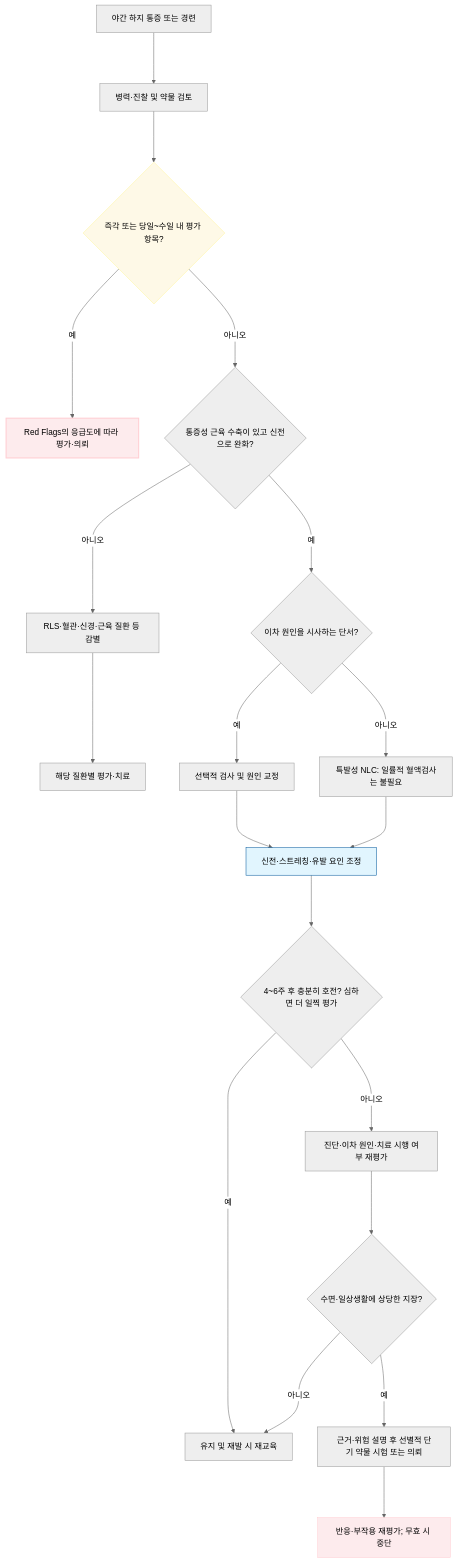
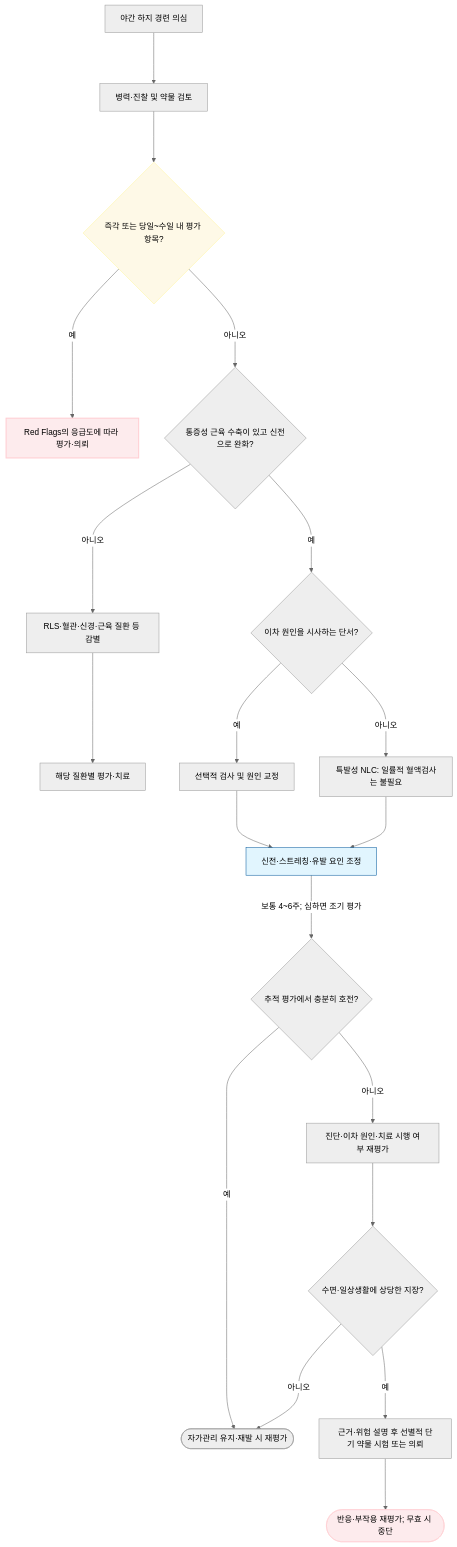
One commit to familyoh77/familyoh77 changed the diagram in 228_/148_-nocturnal-leg-cramp.md. Above: the diagram before and after it, drawn with Mermaid (neutral theme). The commit also changed other lines of this file and 7 other files, not shown here.

````diff
--- a/228_/148_-nocturnal-leg-cramp.md
+++ b/228_/148_-nocturnal-leg-cramp.md
@@ -99,26 +99,26 @@
 ```mermaid
 graph TD
-    A["야간 하지 통증 또는 경련"] ---> B["병력·진찰 및 약물 검토"]
+    A["야간 하지 경련 의심"] ---> B["병력·진찰 및 약물 검토"]
     B ---> D{"즉각 또는 당일~수일 내 평가 항목?"}
     D --->|예| F["Red Flags의 응급도에 따라 평가·의뢰"]
     D --->|아니오| C{"통증성 근육 수축이 있고 신전으로 완화?"}
     C --->|아니오| E["RLS·혈관·신경·근육 질환 등 감별"]
     E ---> O["해당 질환별 평가·치료"]
     C --->|예| G{"이차 원인을 시사하는 단서?"}
     G --->|예| P["선택적 검사 및 원인 교정"]
     G --->|아니오| H["특발성 NLC: 일률적 혈액검사는 불필요"]
     P ---> Q["신전·스트레칭·유발 요인 조정"]
     H ---> Q
-    Q ---> I{"4~6주 후 충분히 호전? 심하면 더 일찍 평가"}
-    I --->|예| J["유지 및 재발 시 재교육"]
+    Q --->|보통 4~6주; 심하면 조기 평가| I{"추적 평가에서 충분히 호전?"}
+    I --->|예| J(["자가관리 유지·재발 시 재평가"])
     I --->|아니오| K["진단·이차 원인·치료 시행 여부 재평가"]
     K ---> L{"수면·일상생활에 상당한 지장?"}
     L --->|아니오| J
     L --->|예| M["근거·위험 설명 후 선별적 단기 약물 시험 또는 의뢰"]
-    M ---> N["반응·부작용 재평가; 무효 시 중단"]
+    M ---> N(["반응·부작용 재평가; 무효 시 중단"])
 
     style D fill:#fef9e7,stroke:#fff59d
     style F fill:#fdebed,stroke:#ffcdd2,stroke-width:2px
     style Q fill:#e1f5fe,stroke:#01579b
     style N fill:#fdebed,stroke:#ffcdd2
 ```
````
